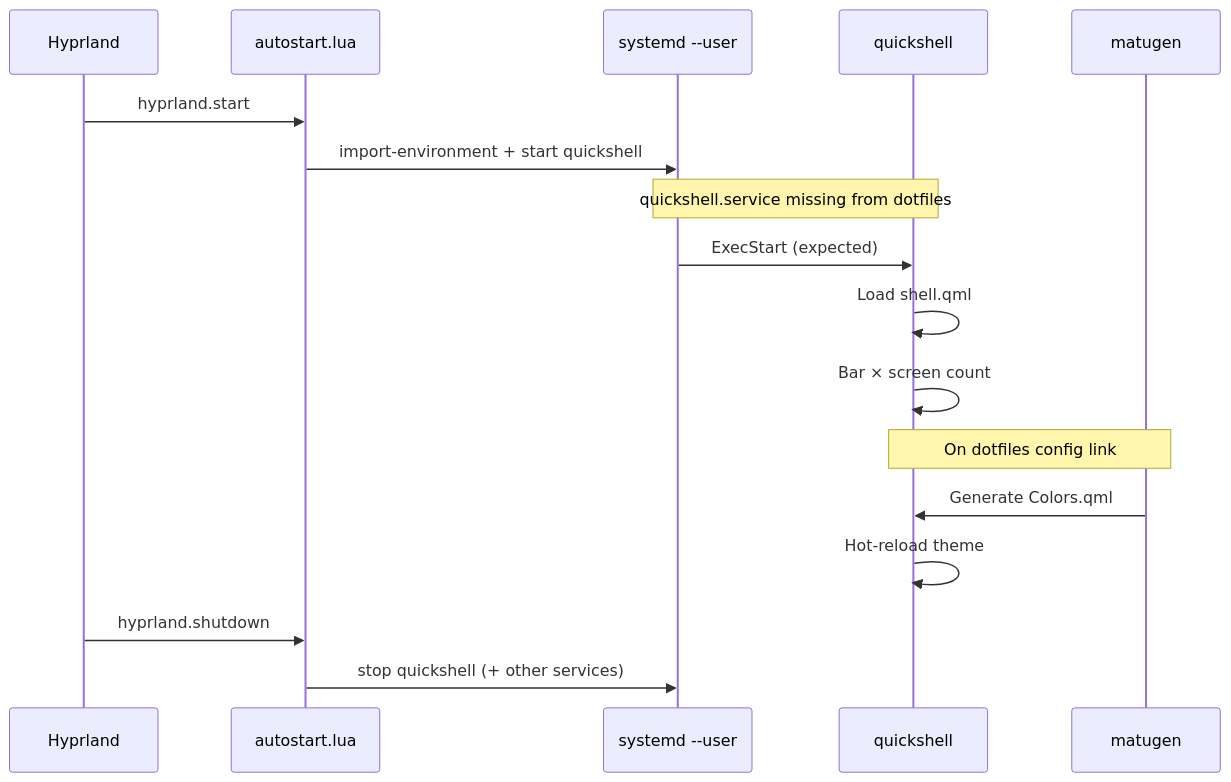
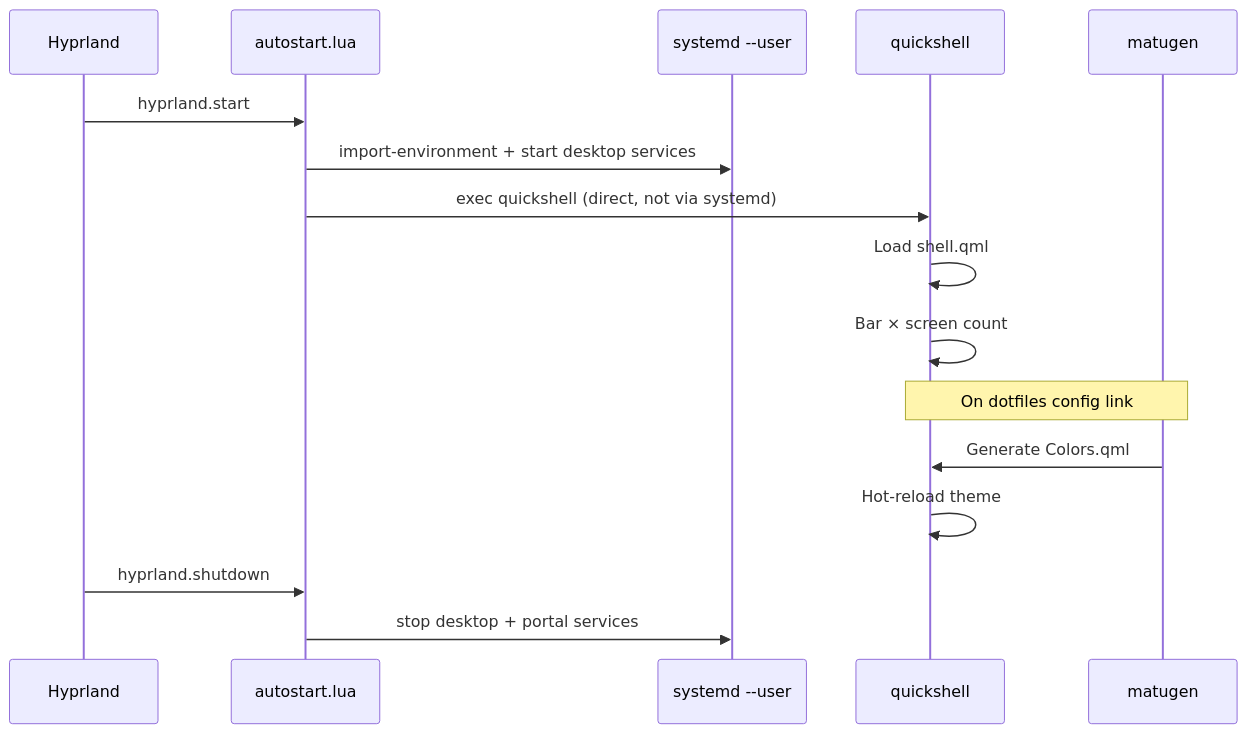
The fourth of 4 diagrams in stow/quickshell/.config/quickshell/OVERVIEW.md (Genoux/dotfiles), drawn with Mermaid before and after one commit. The commit also changed other lines of this file and 4 other files, not shown here.

````diff
--- a/stow/quickshell/.config/quickshell/OVERVIEW.md
+++ b/stow/quickshell/.config/quickshell/OVERVIEW.md
@@ -373,22 +370,21 @@
 ```mermaid
 sequenceDiagram
     participant H as Hyprland
     participant AS as autostart.lua
     participant SD as systemd --user
     participant QS as quickshell
     participant MAT as matugen
 
     H->>AS: hyprland.start
-    AS->>SD: import-environment + start quickshell
-    Note over SD,QS: quickshell.service missing from dotfiles
-    SD->>QS: ExecStart (expected)
+    AS->>SD: import-environment + start desktop services
+    AS->>QS: exec quickshell (direct, not via systemd)
     QS->>QS: Load shell.qml
     QS->>QS: Bar × screen count
 
     Note over MAT,QS: On dotfiles config link
     MAT->>QS: Generate Colors.qml
     QS->>QS: Hot-reload theme
 
     H->>AS: hyprland.shutdown
-    AS->>SD: stop quickshell (+ other services)
+    AS->>SD: stop desktop + portal services
 ```
````
